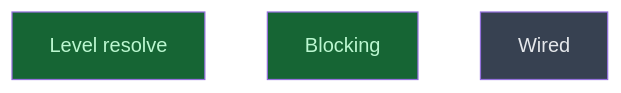
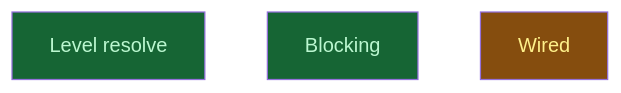
Before and after one commit to CrackingShells/Candler: the diagram in __roadmap__/m6a-paired-stats/resolve/README.md, drawn with Mermaid. The commit also changed other lines of this file and 2 other files, not shown here.

Commit message:
rdm(stats): close the m6a L2 leaves
level_wiring (merged 637ef2d3) and analyze_output (merged 57cffaa2) are
done; resolve/ stays in progress for proven/.

The campaign README rewords G7 to a two-level one-factor store with
binary expectations only and points it at the c6_one_factor_ rows (A6).
A6 records the supervisor rulings on analyze_output: the a1_ and a2_
guards that may change and why, the verdict keyed on request.treatment,
and B minus A everywhere. A7 records the rulings on level_wiring: the
table-level treatment form, equal levels refused, and the treatment
commit inside the cell digest.

L2 close at 57cffaa2: STD, DIGEST, GOLDEN, SUBJ and the level gate pass.

````diff
--- a/__roadmap__/m6a-paired-stats/resolve/README.md
+++ b/__roadmap__/m6a-paired-stats/resolve/README.md
@@ -20,11 +20,11 @@
 ```mermaid
 graph TD
     level_resolve[Level resolve]:::done
     blocking[Blocking]:::done
-    wired[Wired]:::planned
+    wired[Wired]:::inprogress
     classDef done       fill:#166534,color:#bbf7d0
     classDef inprogress fill:#854d0e,color:#fef08a
     classDef planned    fill:#374151,color:#e5e7eb
     classDef amendment  fill:#1e3a5f,color:#bfdbfe
     classDef blocked    fill:#7f1d1d,color:#fecaca
 ```
````
